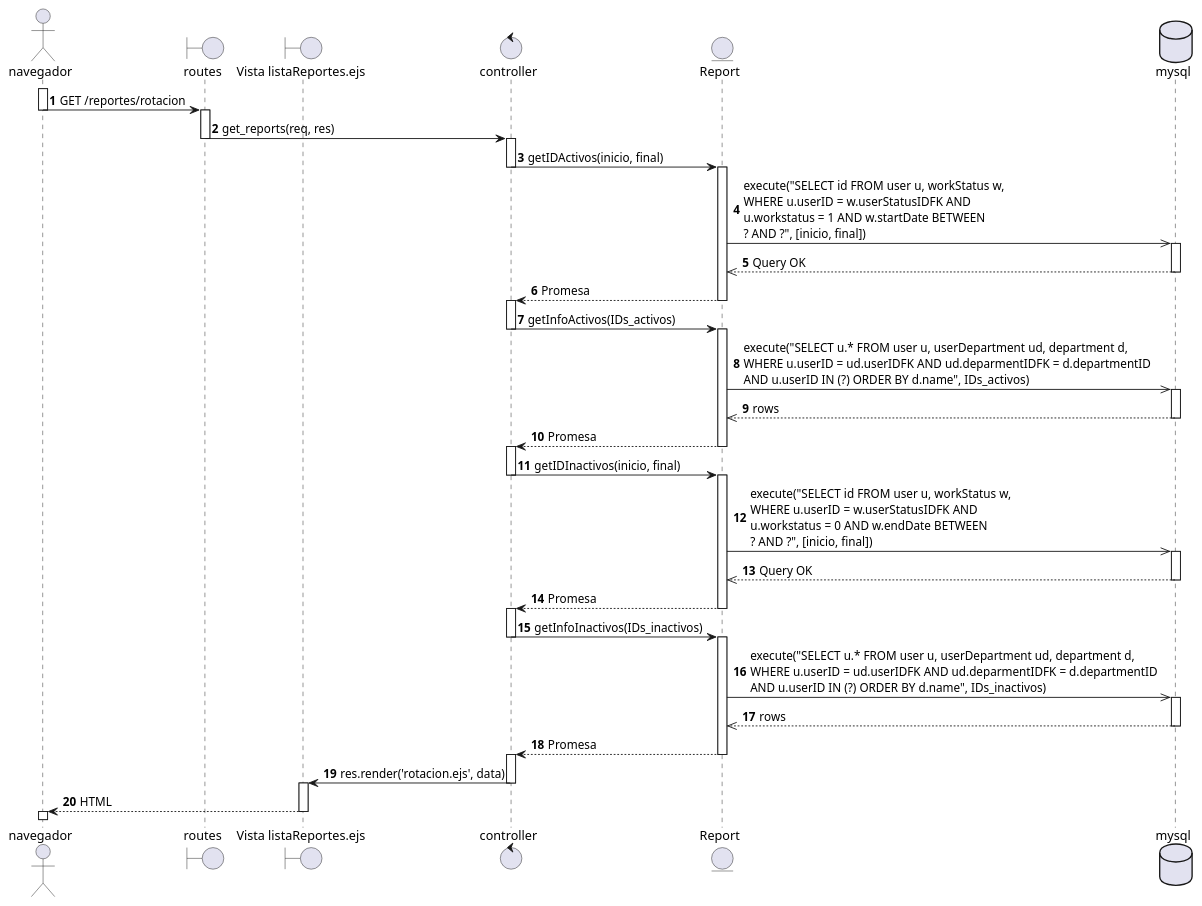
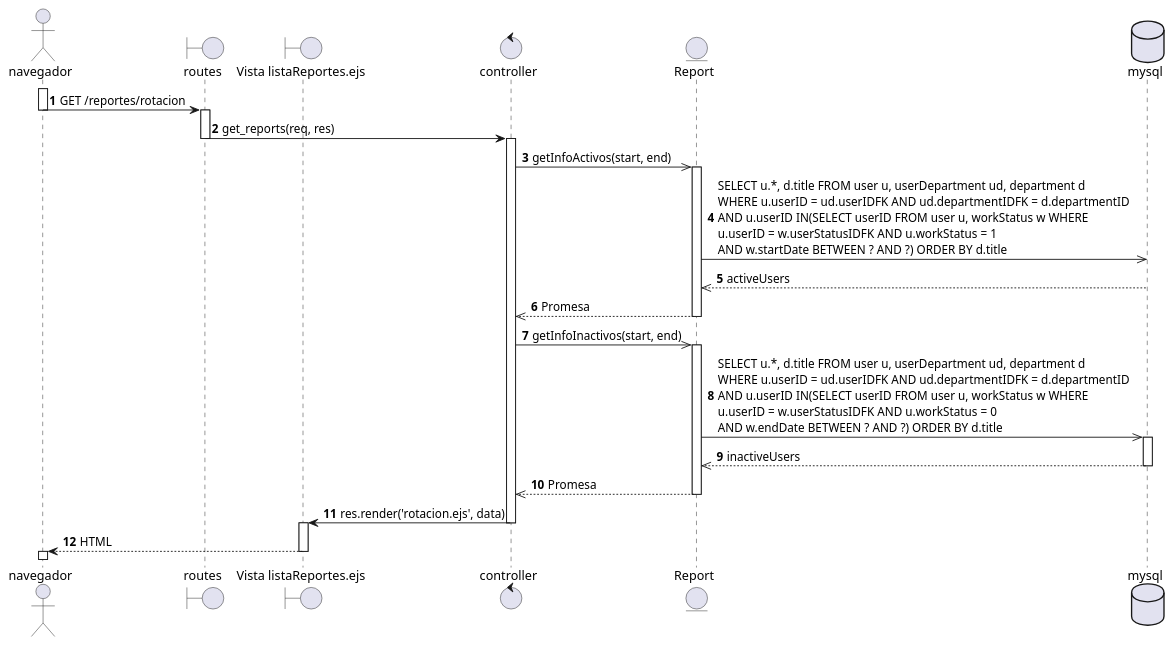
Before and after one commit to EdCanCe/WorkCells: the diagram in diagrams/Casos de Uso/yael req fun/Diagramas de Secuencia/consultarReporteRotacionEmpleados.puml, drawn with PlantUML.

Commit message:
Update: diagrama de secuencia simplificado

```diff
--- a/diagrams/Casos de Uso/yael req fun/Diagramas de Secuencia/consultarReporteRotacionEmpleados.puml
+++ b/diagrams/Casos de Uso/yael req fun/Diagramas de Secuencia/consultarReporteRotacionEmpleados.puml
@@ -1,71 +1,45 @@
 @startuml
 
 actor navegador
 boundary routes
 boundary "Vista listaReportes.ejs" as list
 control controller
 entity Report
 database mysql
 
 
 autonumber
 activate navegador
 navegador -> routes: GET /reportes/rotacion
 deactivate navegador
 activate routes
 routes -> controller: get_reports(req, res)
 deactivate routes
 
 activate controller
-controller -> Report: getIDActivos(inicio, final)
-deactivate controller
+controller ->> Report: getInfoActivos(start, end)
 activate Report
-Report ->> mysql: execute("SELECT id FROM user u, workStatus w, \nWHERE u.userID = w.userStatusIDFK AND \nu.workstatus = 1 AND w.startDate BETWEEN \n? AND ?", [inicio, final])
-activate mysql
-mysql -->> Report: Query OK
+Report ->> mysql: SELECT u.*, d.title FROM user u, userDepartment ud, department d \nWHERE u.userID = ud.userIDFK AND ud.departmentIDFK = d.departmentID \nAND u.userID IN(SELECT userID FROM user u, workStatus w WHERE \nu.userID = w.userStatusIDFK AND u.workStatus = 1 \nAND w.startDate BETWEEN ? AND ?) ORDER BY d.title
+mysql -->> Report: activeUsers
 deactivate mysql
-Report --> controller: Promesa
+Report -->> controller: Promesa
 deactivate Report
 
-activate controller
-controller -> Report: getInfoActivos(IDs_activos)
-deactivate controller
+controller ->> Report: getInfoInactivos(start, end)
 activate Report
-Report ->> mysql: execute("SELECT u.* FROM user u, userDepartment ud, department d, \nWHERE u.userID = ud.userIDFK AND ud.deparmentIDFK = d.departmentID \nAND u.userID IN (?) ORDER BY d.name", IDs_activos)
+Report ->> mysql: SELECT u.*, d.title FROM user u, userDepartment ud, department d \nWHERE u.userID = ud.userIDFK AND ud.departmentIDFK = d.departmentID \nAND u.userID IN(SELECT userID FROM user u, workStatus w WHERE \nu.userID = w.userStatusIDFK AND u.workStatus = 0 \nAND w.endDate BETWEEN ? AND ?) ORDER BY d.title
 activate mysql
-mysql -->> Report: rows
+mysql -->> Report: inactiveUsers
 deactivate mysql
-Report --> controller: Promesa
+Report -->> controller: Promesa
 deactivate Report
 
-activate controller
-controller -> Report: getIDInactivos(inicio, final)
-deactivate controller
-activate Report
-Report ->> mysql: execute("SELECT id FROM user u, workStatus w, \nWHERE u.userID = w.userStatusIDFK AND \nu.workstatus = 0 AND w.endDate BETWEEN \n? AND ?", [inicio, final])
-activate mysql
-mysql -->> Report: Query OK
-deactivate mysql
-Report --> controller: Promesa
-deactivate Report
 
-activate controller
-controller -> Report: getInfoInactivos(IDs_inactivos)
-deactivate controller
-activate Report
-Report ->> mysql: execute("SELECT u.* FROM user u, userDepartment ud, department d, \nWHERE u.userID = ud.userIDFK AND ud.deparmentIDFK = d.departmentID \nAND u.userID IN (?) ORDER BY d.name", IDs_inactivos)
-activate mysql
-mysql -->> Report: rows
-deactivate mysql
-Report --> controller: Promesa
-deactivate Report
-
-activate controller
 controller -> list: res.render('rotacion.ejs', data)
 deactivate controller
 activate list
 list --> navegador: HTML
 deactivate list
 activate navegador
 
 @enduml
```
